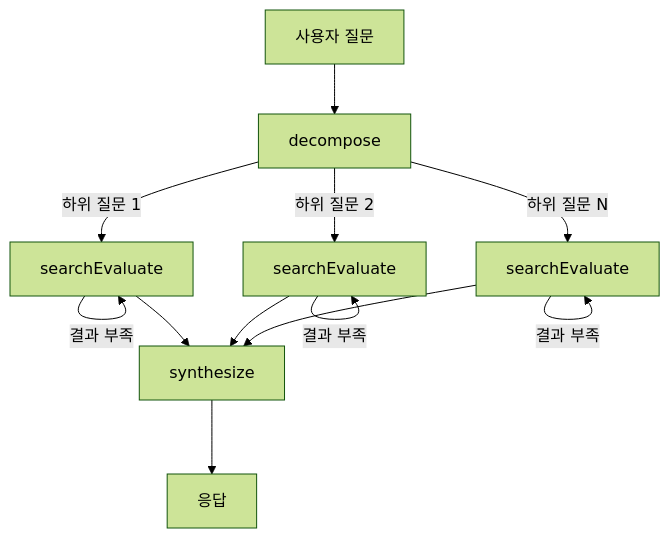
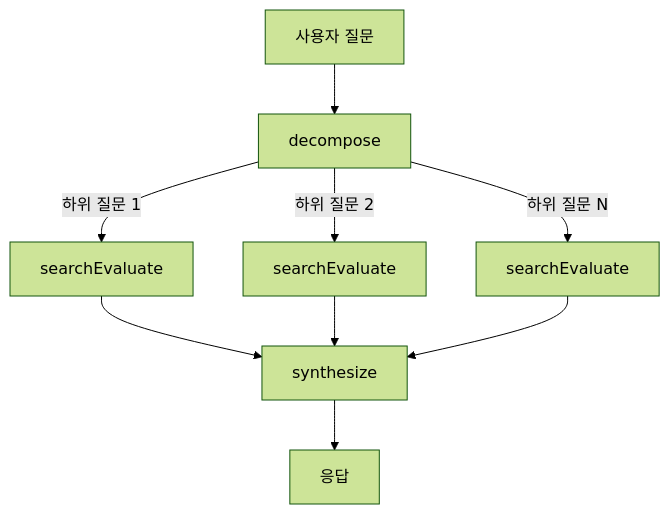
One commit to XIYO/rag-chatbot changed the diagram in README.md. Above: the diagram before and after it, drawn with Mermaid (forest theme).

Commit message:
docs: mermaid 다이어그램 자기 참조 루프 제거

````diff
--- a/README.md
+++ b/README.md
@@ -68,16 +68,12 @@
 ```mermaid
 flowchart TD
     Q[사용자 질문] --> D[decompose]
     D -->|하위 질문 1| SE1[searchEvaluate]
     D -->|하위 질문 2| SE2[searchEvaluate]
     D -->|하위 질문 N| SEN[searchEvaluate]
 
-    SE1 -->|결과 부족| SE1
-    SE2 -->|결과 부족| SE2
-    SEN -->|결과 부족| SEN
-
     SE1 --> S[synthesize]
     SE2 --> S
     SEN --> S
     S --> A[응답]
 ```
````
